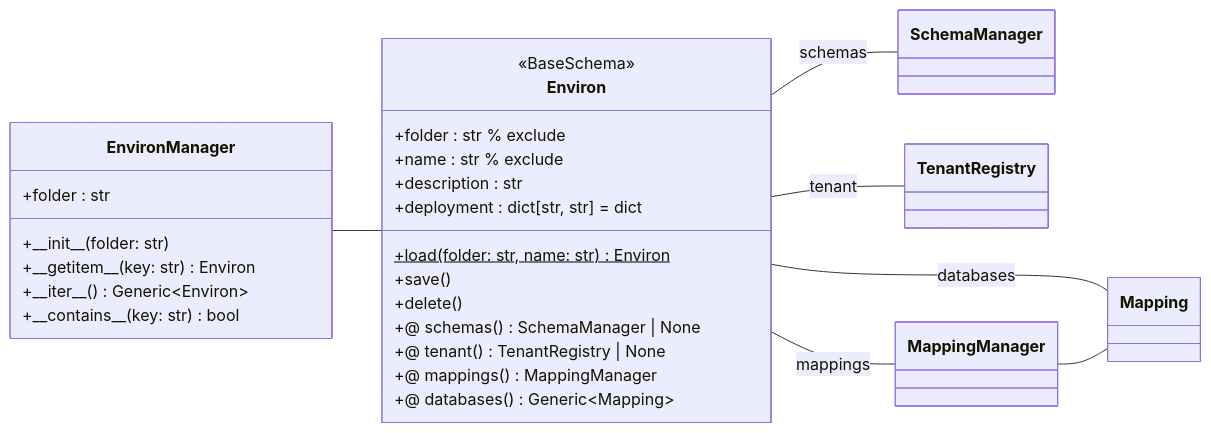
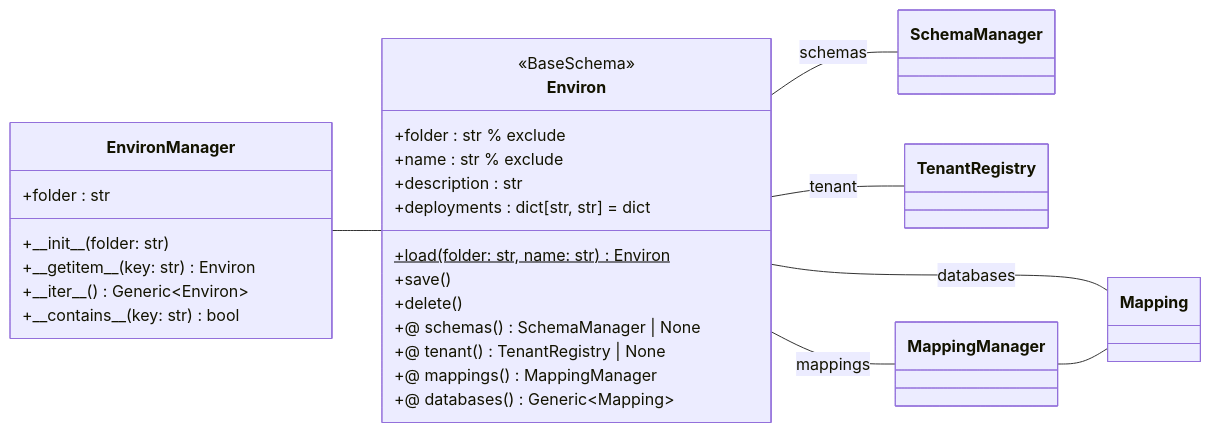
The diagram in docs/spec_environ.md (tamuto/dbgear), drawn with Mermaid before and after one commit. The commit also changed 11 other files, not shown here.

````diff
--- a/docs/spec_environ.md
+++ b/docs/spec_environ.md
@@ -30,39 +30,39 @@
 ```mermaid
 classDiagram
     direction LR
 
     class EnvironManager {
         +folder : str
 
         +\_\_init__(folder: str)
         +\_\_getitem__(key: str) Environ
         +\_\_iter__() Generic~Environ~
         +\_\_contains__(key: str) bool
     }
 
     EnvironManager -- Environ
 
     class Environ {
         <<BaseSchema>>
         +folder : str % exclude
         +name : str % exclude
         +description : str
-        +deployment : dict[str, str] = dict
+        +deployments : dict[str, str] = dict
 
         +load(folder: str, name: str) Environ$
         +save()
         +delete()
 
         +@ schemas() SchemaManager | None
         +@ tenant() TenantRegistry | None
         +@ mappings() MappingManager
         +@ databases() Generic~Mapping~
     }
 
     Environ -- SchemaManager : schemas
     Environ -- TenantRegistry : tenant
     Environ -- MappingManager : mappings
     Environ -- Mapping : databases
 
     MappingManager -- Mapping
 ```
````
